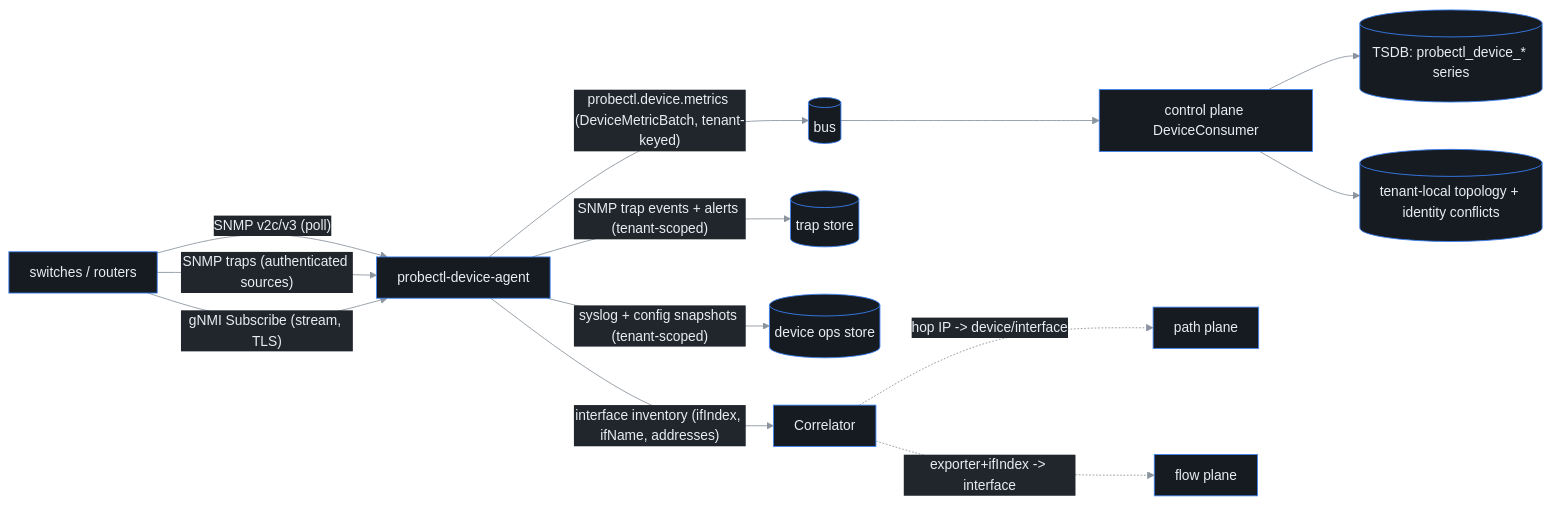
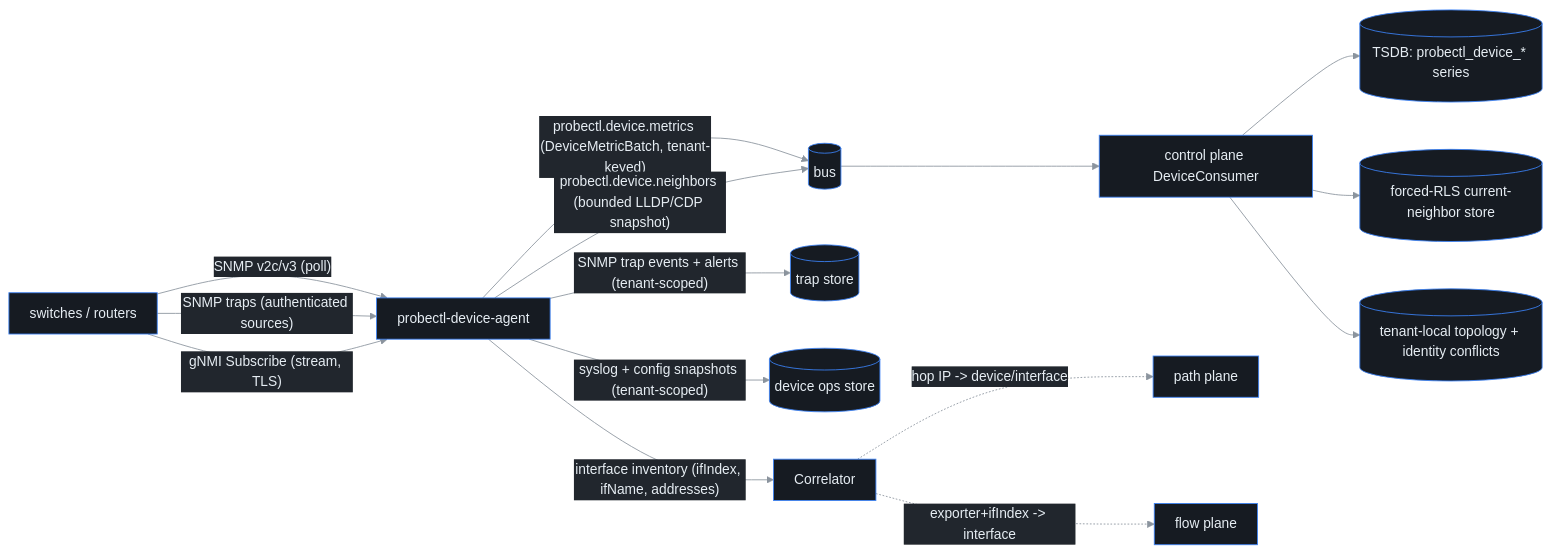
One commit to ctlplne/probectl changed the diagram in docs/device-telemetry.md. Above: the diagram before and after it, drawn with Mermaid. The commit also changed other lines of this file and 57 other files, not shown here.

First line of the commit message:
feat(device): add physical neighbor evidence

````diff
--- a/docs/device-telemetry.md
+++ b/docs/device-telemetry.md
@@ -42,16 +44,18 @@
 ```mermaid
 %%{init: {'theme':'base','themeVariables':{'background':'#0d1117','primaryColor':'#161b22','primaryTextColor':'#e6edf3','primaryBorderColor':'#3b82f6','lineColor':'#8b949e','secondaryColor':'#21262d','tertiaryColor':'#0d1117','clusterBkg':'#161b22','clusterBorder':'#30363d','fontFamily':'ui-monospace, SFMono-Regular, Menlo, monospace'},'flowchart':{'curve':'basis','nodeSpacing':55,'rankSpacing':55,'padding':12}}}%%
 flowchart LR
   D[switches / routers] -- "SNMP v2c/v3 (poll)" --> A[probectl-device-agent]
   D -- "SNMP traps (authenticated sources)" --> A
   D -- "gNMI Subscribe (stream, TLS)" --> A
   A -- "probectl.device.metrics (DeviceMetricBatch, tenant-keyed)" --> B[(bus)]
+  A -- "probectl.device.neighbors (bounded LLDP/CDP snapshot)" --> B
   A -- "SNMP trap events + alerts (tenant-scoped)" --> E[(trap store)]
   A -- "syslog + config snapshots (tenant-scoped)" --> O[(device ops store)]
   B --> P[control plane DeviceConsumer]
   P --> T[(TSDB: probectl_device_* series)]
+  P --> N[(forced-RLS current-neighbor store)]
   P --> I[(tenant-local topology + identity conflicts)]
   A -- "interface inventory (ifIndex, ifName, addresses)" --> C[Correlator]
   C -. "hop IP -> device/interface" .-> PathPlane[path plane]
   C -. "exporter+ifIndex -> interface" .-> FlowPlane[flow plane]
 ```
````
